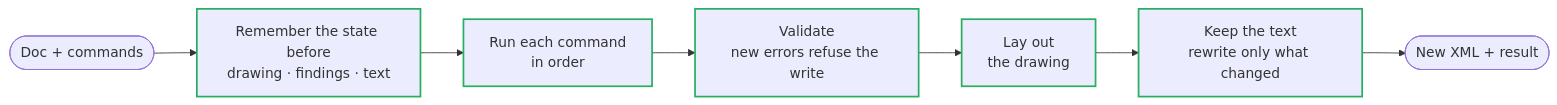
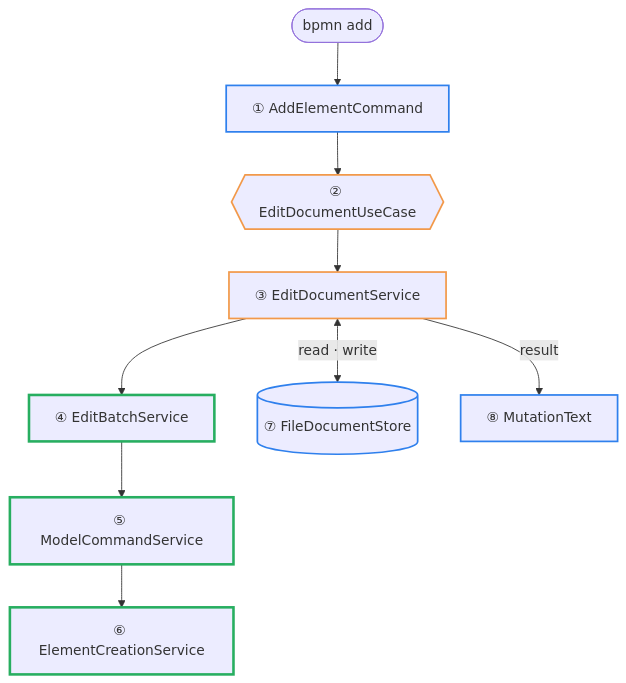
One commit to Miragon/bpmn-cli changed the second of 3 diagrams in docs/architecture.md. Above: the diagram before and after it, drawn with Mermaid. The commit also changed other lines of this file, not shown here.

Commit message:
docs(architecture): compact journey diagram with step-by-step details, drop the domain internals

````diff
--- a/docs/architecture.md
+++ b/docs/architecture.md
@@ -103,12 +56,13 @@
 ```mermaid
-flowchart LR
-  in(["Doc + commands"]) --> before["Remember the state before<br/>drawing · findings · text"]
-  before --> each["Run each command<br/>in order"]
-  each --> check["Validate<br/>new errors refuse the write"]
-  check --> draw["Lay out<br/>the drawing"]
-  draw --> text["Keep the text<br/>rewrite only what changed"]
-  text --> out(["New XML + result"])
+flowchart TB
+  user(["bpmn add"]) --> s1["① AddElementCommand"] --> s2{{"② EditDocumentUseCase"}} --> s3["③ EditDocumentService"] --> s4["④ EditBatchService"] --> s5["⑤ ModelCommandService"] --> s6["⑥ ElementCreationService"]
+  s3 <-- "read · write" --> s7[("⑦ FileDocumentStore")]
+  s3 -- result --> s8["⑧ MutationText"]
 
-  classDef core stroke:#27ae60,stroke-width:2px
-  class before,each,check,draw,text core
+  classDef adapter stroke:#2f80ed,stroke-width:2px
+  classDef app stroke:#f2994a,stroke-width:2px
+  classDef core stroke:#27ae60,stroke-width:3px
+  class s1,s7,s8 adapter
+  class s2,s3 app
+  class s4,s5,s6 core
 ```
````
